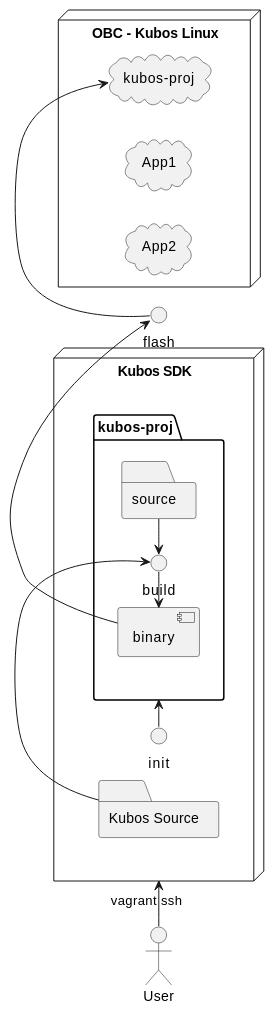
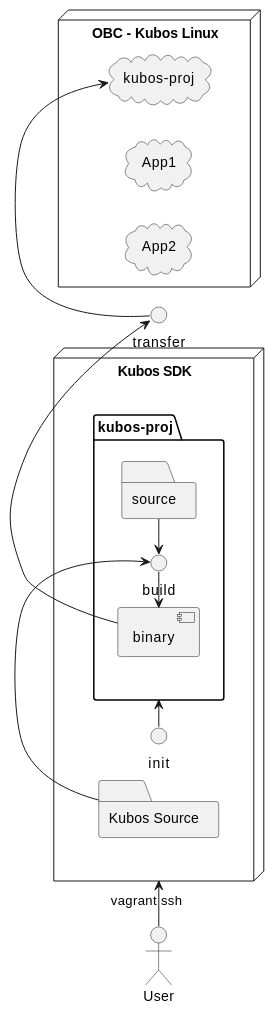
The diagram in docs/sdk-docs/index.rst (kubos/kubos), drawn with PlantUML before and after one commit. The commit also changed other lines of this file and 18 other files, not shown here.

```diff
--- a/docs/sdk-docs/index.rst
+++ b/docs/sdk-docs/index.rst
@@ -12,36 +12,36 @@
 .. uml::
 
     @startuml
     left to right direction
 
     actor User
 
     node "Kubos SDK" as sdk{
         () "init" as init
         folder "kubos-proj" as proj {
             folder source {
             }
             () "build" as build
             [binary]
         }
         folder "Kubos Source" as k_source {
         }
     }
 
-    () "flash" as flash
+    () "transfer" as flash
 
     node "OBC - Kubos Linux" {
         cloud "kubos-proj" as application
         cloud "App1"
         cloud "App2"
     }
 
     User -> sdk : vagrant ssh
     init -> proj
     k_source -> build
     build <- source
     [binary] <- build
     [binary] -> flash
     flash -> application
 
     @enduml
```
